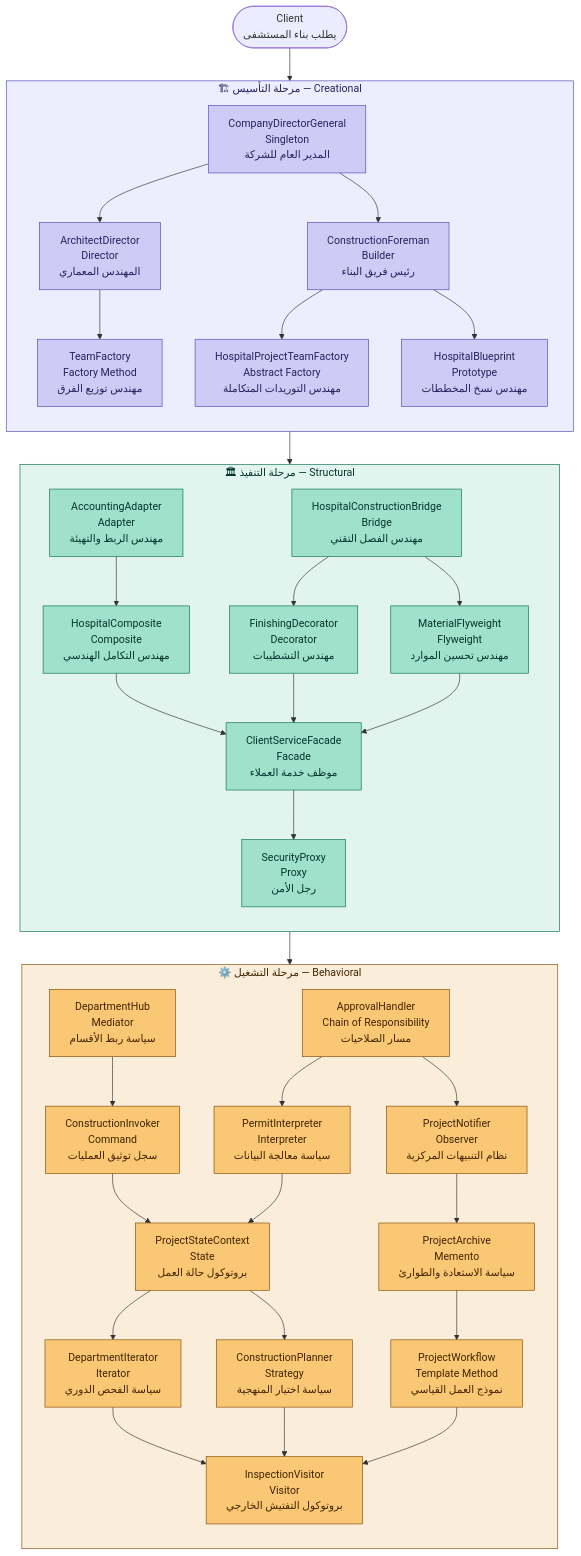
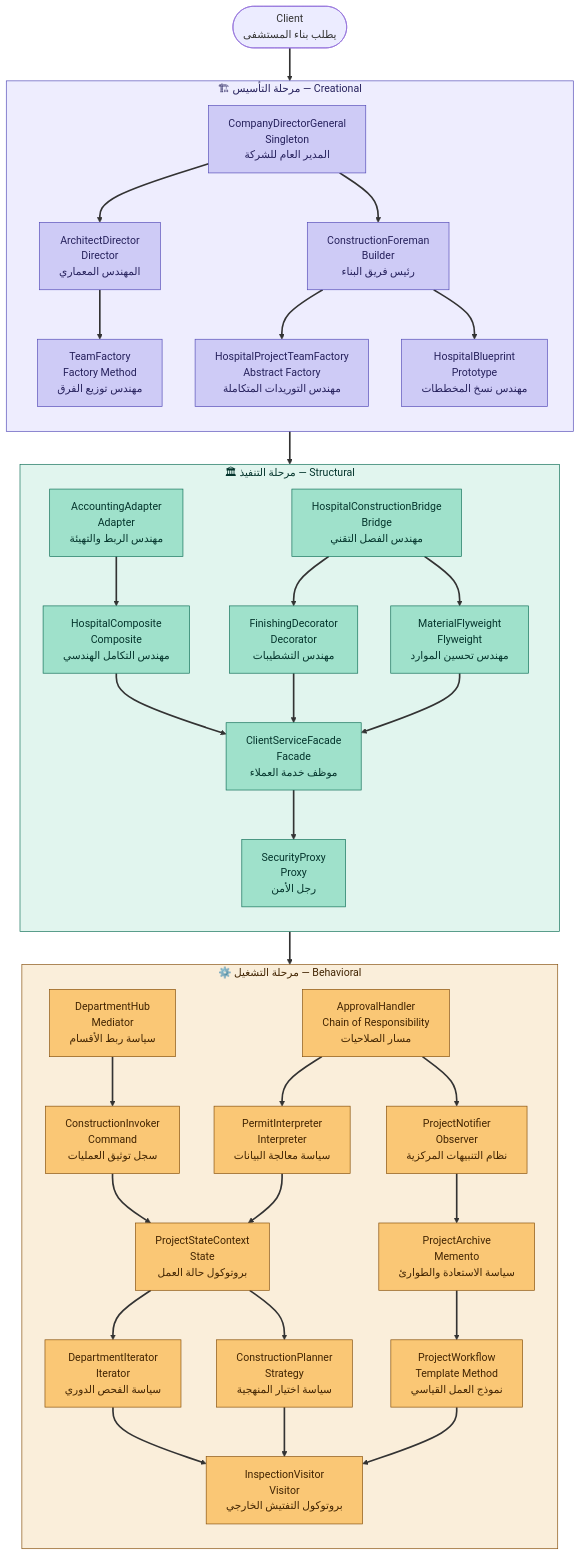
The diagram in README.md (principle1/DesignPatterns), drawn with Mermaid before and after one commit. The commit also changed other lines of this file, not shown here.

````diff
--- a/README.md
+++ b/README.md
@@ -107,4 +108,6 @@
     style Strategy    fill:#FAC775,stroke:#854F0B,color:#412402
     style Template    fill:#FAC775,stroke:#854F0B,color:#412402
     style Visitor     fill:#FAC775,stroke:#854F0B,color:#412402
+
+    linkStyle default stroke-width:2.5px
 ```
````
